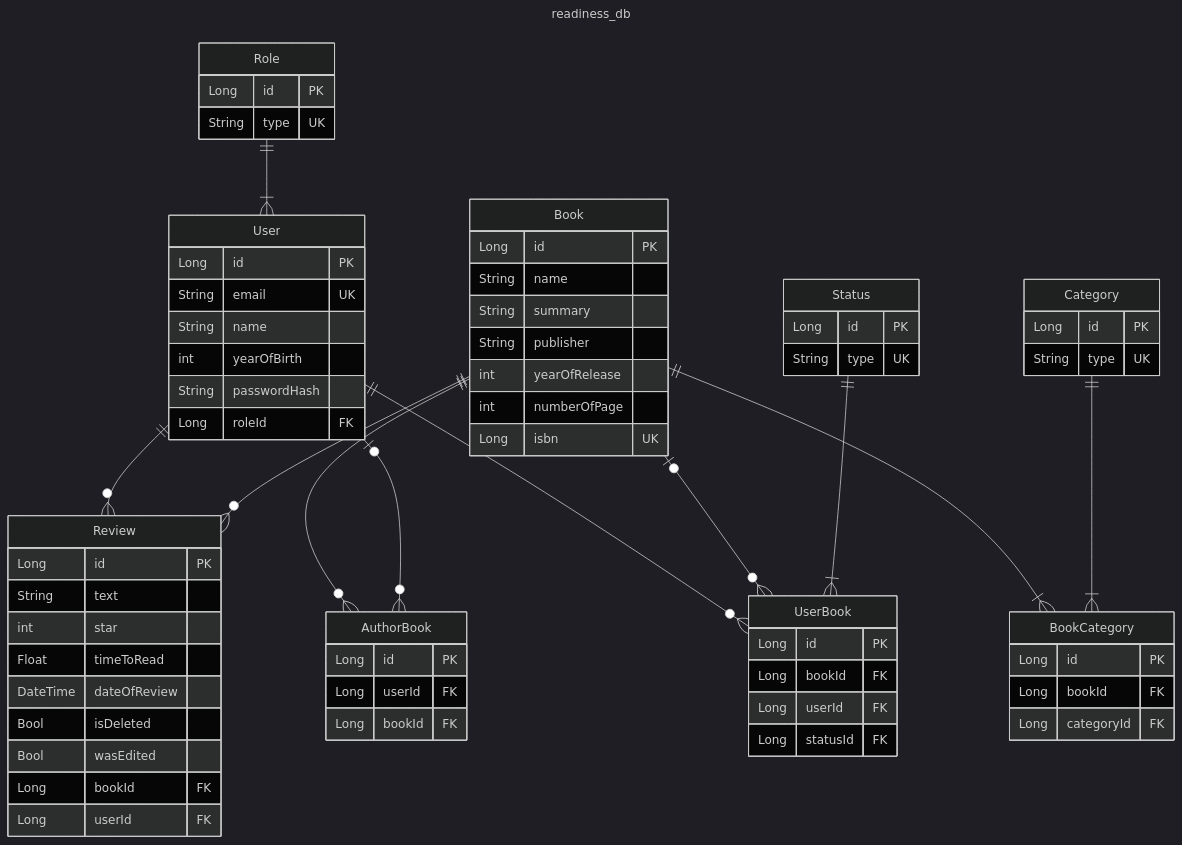
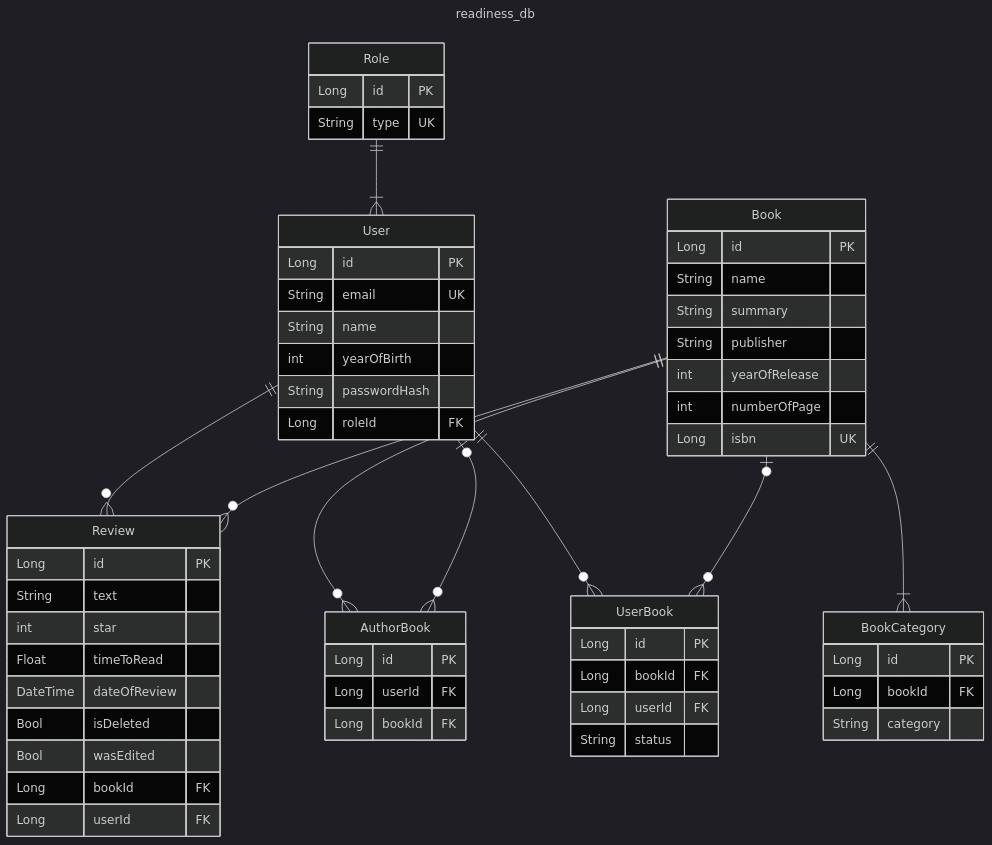
One commit to MiguelFerreira18/Readiness changed the diagram in uml/db.mmd. Above: the diagram before and after it, drawn with Mermaid (dark theme). The commit also changed 2 other files, not shown here.

Commit message:
uml: remvoe useless classes from erd

```diff
--- a/uml/db.mmd
+++ b/uml/db.mmd
@@ -1,73 +1,62 @@
 ---
 title: readiness_db
 ---
 erDiagram
 
         Role ||--|{ User : ""
         User ||--o{ Review : ""
         Book ||--o{ Review : "" 
         Book ||--|{ BookCategory : ""
-        Category ||--|{ BookCategory : ""
         Book ||--o{ AuthorBook : ""
         User |o--o{ AuthorBook : ""
         User ||--o{ UserBook : ""
         Book |o--o{ UserBook : ""
-        Status ||--|{ UserBook : ""
 
         Role{
-          Long id PK
-          String type UK 
-        }
-        Category{
-          Long id PK
-          String type UK 
-        }
-        Status {
           Long id PK
           String type UK 
         }
         User{
           Long id PK
           String email UK
           String name
           int yearOfBirth
           String passwordHash
           Long roleId FK
         }
         Review{
           Long id PK
           String text
           int star
           Float timeToRead
           DateTime dateOfReview
           Bool isDeleted
           Bool wasEdited
           Long bookId FK
           Long userId FK
         }
         Book{
           Long id PK
           String name
           String summary
           String publisher
           int yearOfRelease
           int numberOfPage
           Long isbn UK
         }
         BookCategory{
           Long id PK
           Long bookId FK
-          Long categoryId FK
+          String category
         }
         UserBook{
           Long id PK
           Long bookId FK
           Long userId FK
-          Long statusId FK
+          String status
         }
-
         AuthorBook {
           Long id PK
           Long userId FK
           Long bookId FK
         }
```
